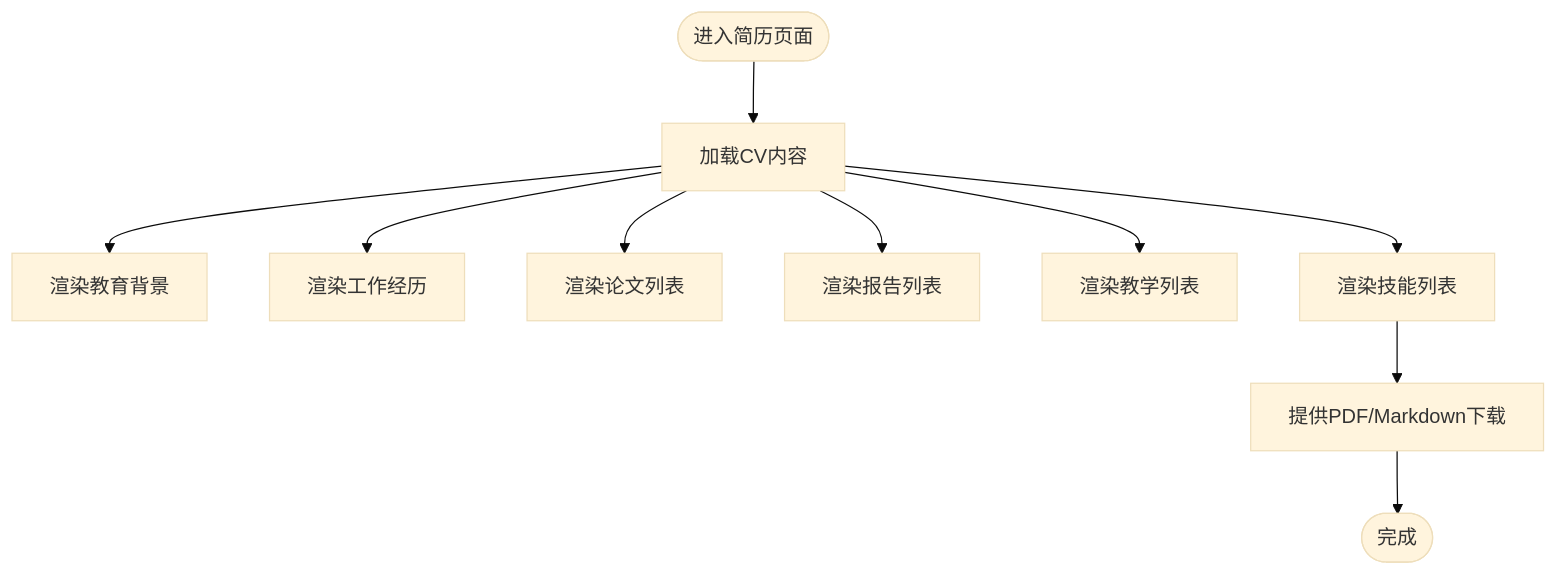
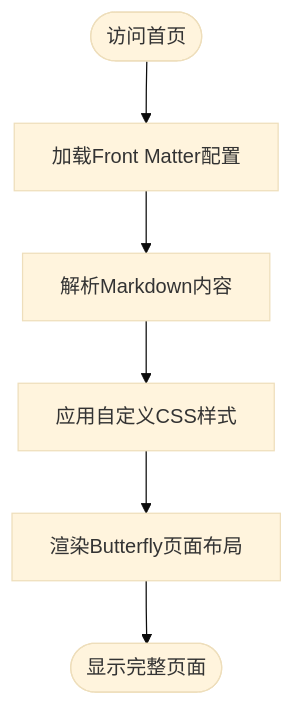
One commit to CoolPig0720/CoolPig0720.github.io changed the third of 4 diagrams in .qoder/repowiki/zh/content/项目概述/核心功能特性/内容管理系统/页面管理.md. Above: the diagram before and after it, drawn with Mermaid (base theme). The commit also changed other lines of this file and 36 other files, not shown here.

````diff
--- a/.qoder/repowiki/zh/content/项目概述/核心功能特性/内容管理系统/页面管理.md
+++ b/.qoder/repowiki/zh/content/项目概述/核心功能特性/内容管理系统/页面管理.md
@@ -215,12 +139,8 @@
 ```mermaid
 flowchart TD
-Start(["进入简历页面"]) --> LoadCV["加载CV内容"]
-LoadCV --> RenderEd["渲染教育背景"]
-LoadCV --> RenderExp["渲染工作经历"]
-LoadCV --> RenderPub["渲染论文列表"]
-LoadCV --> RenderTalk["渲染报告列表"]
-LoadCV --> RenderTeach["渲染教学列表"]
-LoadCV --> RenderSkill["渲染技能列表"]
-RenderSkill --> Download["提供PDF/Markdown下载"]
-Download --> End(["完成"])
+Start(["访问首页"]) --> LoadMeta["加载Front Matter配置"]
+LoadMeta --> ParseContent["解析Markdown内容"]
+ParseContent --> ApplyStyles["应用自定义CSS样式"]
+ApplyStyles --> RenderLayout["渲染Butterfly页面布局"]
+RenderLayout --> End(["显示完整页面"])
 ```
````
